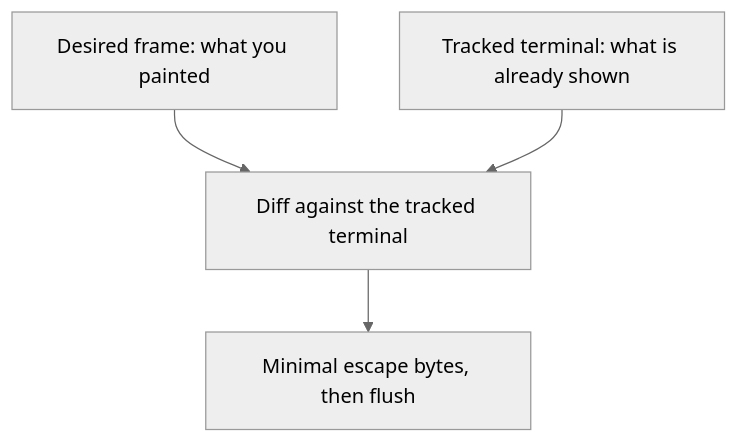
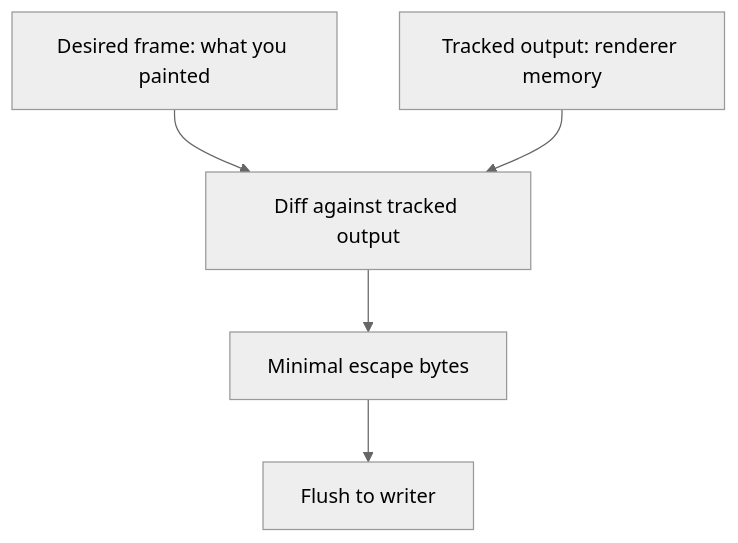
One commit to aymanbagabas/uncurses changed the second of 2 diagrams in website/content/docs/concepts/screen.md. Above: the diagram before and after it, drawn with Mermaid (neutral theme). The commit also changed other lines of this file and 28 other files, not shown here.

````diff
--- a/website/content/docs/concepts/screen.md
+++ b/website/content/docs/concepts/screen.md
@@ -87,6 +56,7 @@
 ```mermaid
 flowchart TB
-  desired["Desired frame: what you painted"] --> diff["Diff against the tracked terminal"]
-  tracked["Tracked terminal: what is already shown"] --> diff
-  diff --> bytes["Minimal escape bytes, then flush"]
+  desired["Desired frame: what you painted"] --> diff["Diff against tracked output"]
+  tracked["Tracked output: renderer memory"] --> diff
+  diff --> bytes["Minimal escape bytes"]
+  bytes --> writer["Flush to writer"]
 ```
````
